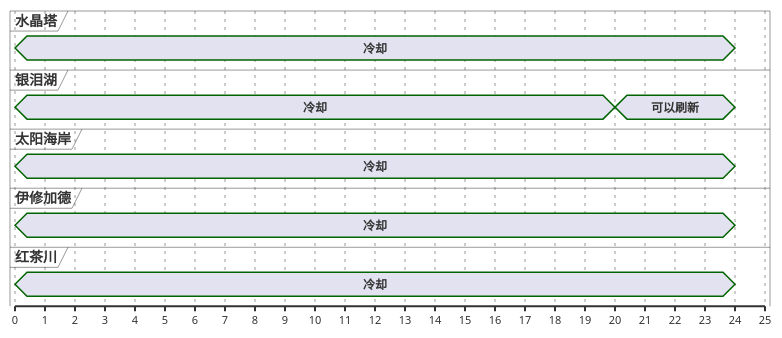
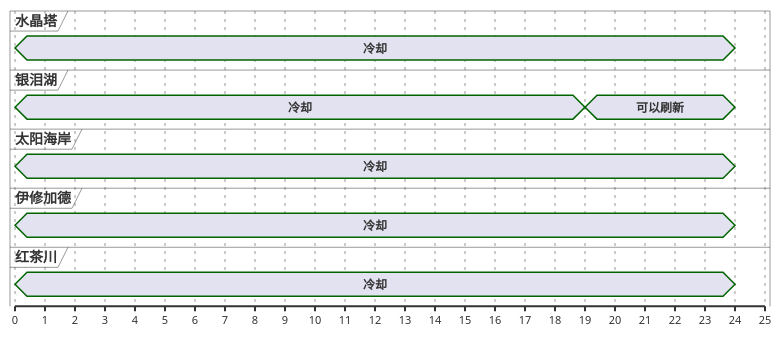
Before and after one commit to Eroleice/doc-pi: the fourth of 13 diagrams in ffxiv/hunt/2.0/Croque-mitaine.md, drawn with PlantUML. The commit also changed other lines of this file and 38 other files, not shown here.

````diff
--- a/ffxiv/hunt/2.0/Croque-mitaine.md
+++ b/ffxiv/hunt/2.0/Croque-mitaine.md
@@ -181,33 +182,33 @@
 ```plantuml
 @startuml
 scale 1 as 30 pixels
 
 concise 水晶塔
 concise 银泪湖
 concise 太阳海岸
 concise 伊修加德
 concise 红茶川
 
 @银泪湖
 0 is 冷却
-20 is 可以刷新
+19 is 可以刷新
 24 is {hidden}
 
 @伊修加德
 0 is 冷却
 24 is {hidden}
 
 @红茶川
 0 is 冷却
 24 is {hidden}
 
 @太阳海岸
 0 is 冷却
 24 is {hidden}
 
 @水晶塔
 0 is 冷却
 24 is {hidden}
 
 @enduml
 ```
````
